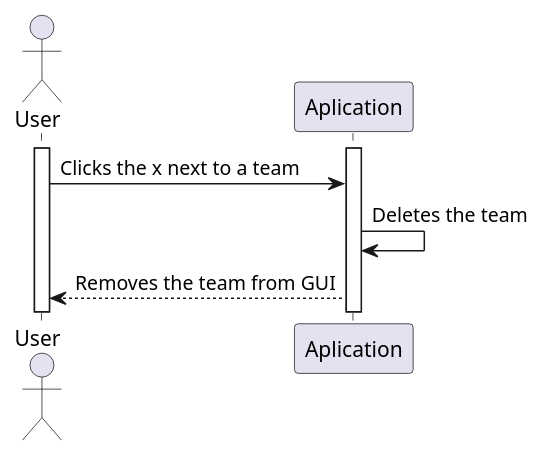
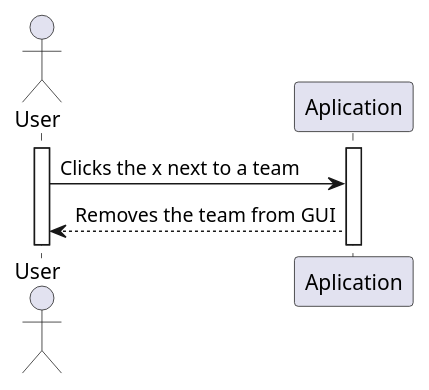
Before and after one commit to itzMesh/DCST1008-Prosjekt: the diagram in ProjektUML/SequencediagramUserAppData/sequence_diagram_removeTeam.wsd, drawn with PlantUML. The commit also changed 17 other files, not shown here.

Commit message:
SequenceDiagrams

```diff
--- a/ProjektUML/SequencediagramUserAppData/sequence_diagram_removeTeam.wsd
+++ b/ProjektUML/SequencediagramUserAppData/sequence_diagram_removeTeam.wsd
@@ -1,13 +1,12 @@
 @startuml removeTeam
 
 actor User as U
 participant Aplication as A
 
 activate U
 activate A
 
 U->A: Clicks the x next to a team
-A->A: Deletes the team
 A-->U: Removes the team from GUI
 
 @enduml
```
